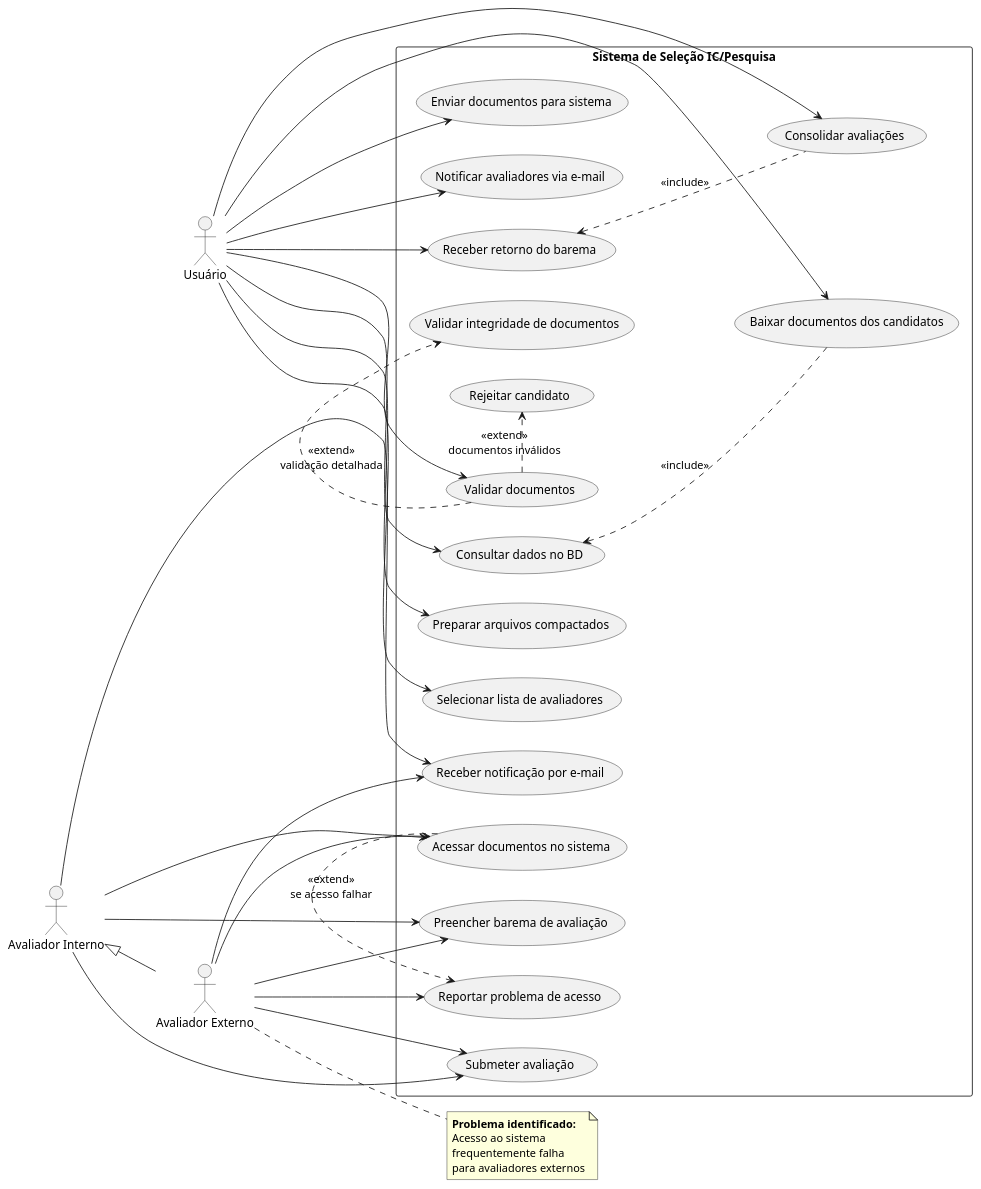
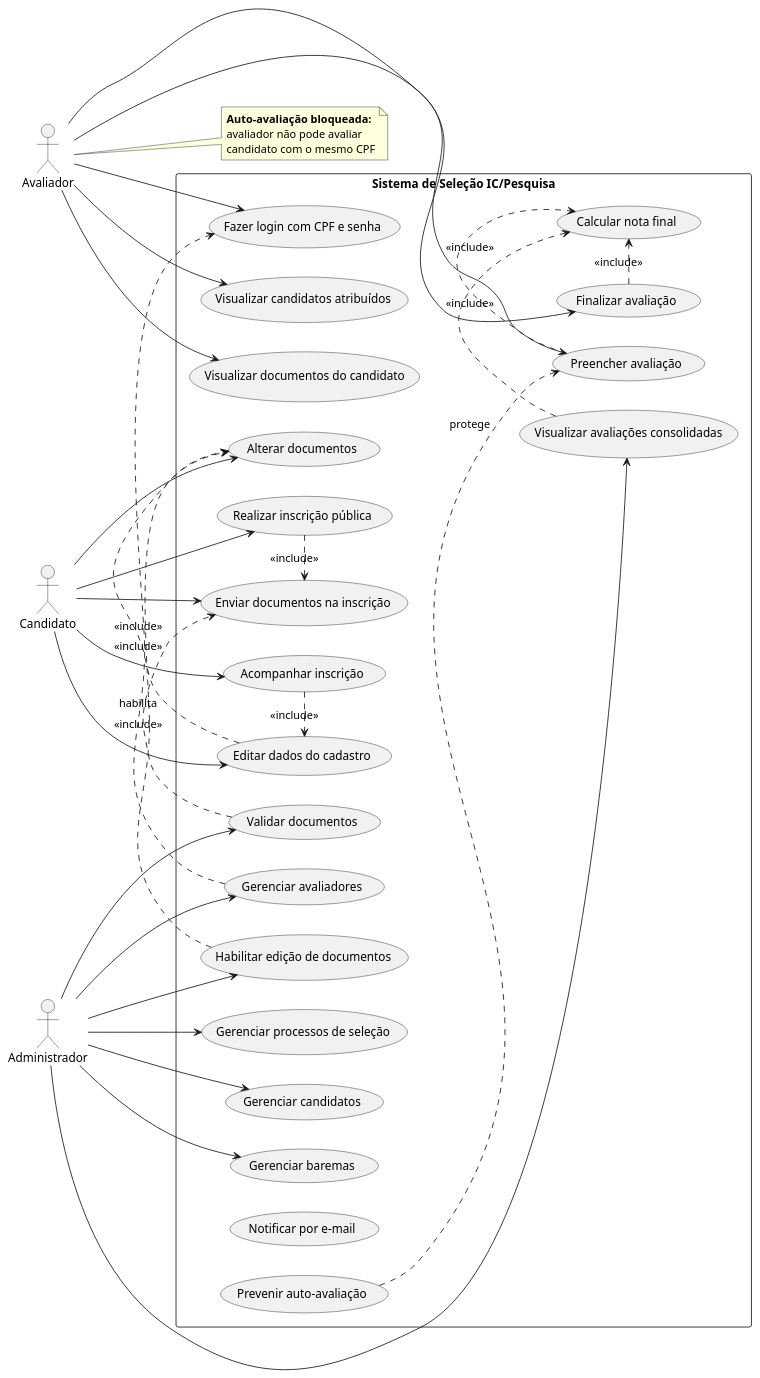
One commit to wiltonsgonc/ProcessoSelecao changed the diagram in diagramas/use-case-diagram.puml. Above: the diagram before and after it, drawn with PlantUML. The commit also changed 6 other files, not shown here.

Commit message:
docs: atualizar diagramas PlantUML do projeto

```diff
--- a/diagramas/use-case-diagram.puml
+++ b/diagramas/use-case-diagram.puml
@@ -1,70 +1,77 @@
 @startuml ProcessoSelecao
 left to right direction
 
-actor "Usuário" as Usuario
-actor "Avaliador Interno" as AvaliadorInt
-actor "Avaliador Externo" as AvaliadorExt
+actor "Candidato" as Candidato
+actor "Avaliador" as Avaliador
+actor "Administrador" as Admin
 
 rectangle "Sistema de Seleção IC/Pesquisa" {
-  (Consultar dados no BD) as UC1
-  (Baixar documentos dos candidatos) as UC2
-  (Validar documentos) as UC3
-  (Preparar arquivos compactados) as UC4
-  (Selecionar lista de avaliadores) as UC5
-  (Enviar documentos para sistema) as UC6
-  (Notificar avaliadores via e-mail) as UC7
-  (Receber retorno do barema) as UC8
-  (Consolidar avaliações) as UC9
-  
-  (Receber notificação por e-mail) as UC10
-  (Acessar documentos no sistema) as UC11
-  (Preencher barema de avaliação) as UC12
-  (Submeter avaliação) as UC13
-  
-  (Reportar problema de acesso) as UC14
-  (Validar integridade de documentos) as UC15
-  (Rejeitar candidato) as UC16
+  ' --- Candidato ---
+  (Realizar inscrição pública) as UC1
+  (Enviar documentos na inscrição) as UC2
+  (Acompanhar inscrição) as UC3
+  (Editar dados do cadastro) as UC4
+  (Alterar documentos) as UC5
+
+  ' --- Avaliador ---
+  (Fazer login com CPF e senha) as UC6
+  (Visualizar candidatos atribuídos) as UC7
+  (Visualizar documentos do candidato) as UC8
+  (Preencher avaliação) as UC9
+  (Finalizar avaliação) as UC10
+
+  ' --- Administrador ---
+  (Gerenciar processos de seleção) as UC11
+  (Gerenciar candidatos) as UC12
+  (Gerenciar avaliadores) as UC13
+  (Gerenciar baremas) as UC14
+  (Validar documentos) as UC15
+  (Visualizar avaliações consolidadas) as UC16
+  (Habilitar edição de documentos) as UC17
+
+  ' --- Sistema ---
+  (Calcular nota final) as UC18
+  (Notificar por e-mail) as UC19
+  (Prevenir auto-avaliação) as UC20
 }
 
-' Relações principais
-Usuario --> UC1
-Usuario --> UC2
-Usuario --> UC3
-Usuario --> UC4
-Usuario --> UC5
-Usuario --> UC6
-Usuario --> UC7
-Usuario --> UC8
-Usuario --> UC9
+' Relações com atores
+Candidato --> UC1
+Candidato --> UC2
+Candidato --> UC3
+Candidato --> UC4
+Candidato --> UC5
 
-AvaliadorInt --> UC10
-AvaliadorInt --> UC11
-AvaliadorInt --> UC12
-AvaliadorInt --> UC13
+Avaliador --> UC6
+Avaliador --> UC7
+Avaliador --> UC8
+Avaliador --> UC9
+Avaliador --> UC10
 
-AvaliadorExt --> UC10
-AvaliadorExt --> UC11
-AvaliadorExt --> UC12
-AvaliadorExt --> UC13
-AvaliadorExt --> UC14
+Admin --> UC11
+Admin --> UC12
+Admin --> UC13
+Admin --> UC14
+Admin --> UC15
+Admin --> UC16
+Admin --> UC17
 
-' Generalização
-AvaliadorInt <|-- AvaliadorExt
+' Inclusões e extensões
+UC1 .> UC2 : <<include>>
+UC3 .> UC4 : <<include>>
+UC4 .> UC5 : <<include>>
+UC15 .> UC2 : <<include>>
+UC9 .> UC18 : <<include>>
+UC10 .> UC18 : <<include>>
+UC13 .> UC6 : <<include>>
+UC20 ..> UC9 : protege
+UC16 .> UC18 : <<include>>
+UC17 .> UC5 : habilita
 
-' Extensões (problemas/fluxos alternativos)
-UC11 .> UC14 : <<extend>>\nse acesso falhar
-UC3 .> UC15 : <<extend>>\nvalidação detalhada
-UC3 .> UC16 : <<extend>>\ndocumentos inválidos
-
-' Inclusões
-UC1 <.. UC2 : <<include>>
-UC8 <.. UC9 : <<include>>
-
-note right of AvaliadorExt
-  <b>Problema identificado:</b>
-  Acesso ao sistema
-  frequentemente falha
-  para avaliadores externos
+note right of Avaliador
+  <b>Auto-avaliação bloqueada:</b>
+  avaliador não pode avaliar
+  candidato com o mesmo CPF
 end note
 
 @enduml
```
